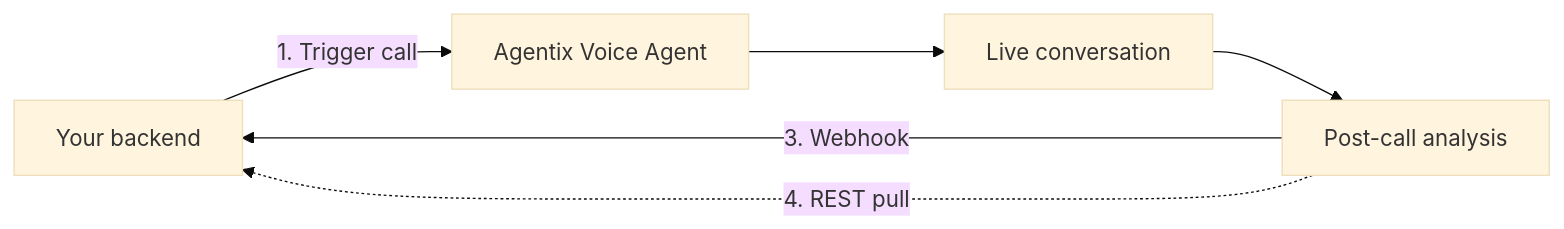
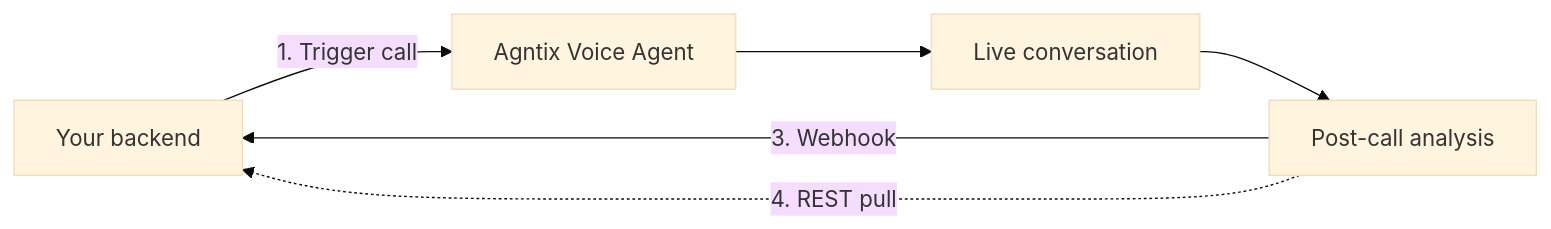
One commit to CNTXTFZCO0/agntix-docs changed the diagram in guides/programmatic-outbound-calling.mdx. Above: the diagram before and after it, drawn with Mermaid (base theme). The commit also changed other lines of this file and 39 other files, not shown here.

First line of the commit message:
fix: update references from Agentix to Agntix across documentation

````diff
--- a/guides/programmatic-outbound-calling.mdx
+++ b/guides/programmatic-outbound-calling.mdx
@@ -19,8 +19,8 @@
 ```mermaid
 flowchart LR
-  A[Your backend] -->|1. Trigger call| B[Agentix Voice Agent]
+  A[Your backend] -->|1. Trigger call| B[Agntix Voice Agent]
   B --> C[Live conversation]
   C --> D[Post-call analysis]
   D -->|3. Webhook| A
   D -.->|4. REST pull| A
 ```
````
